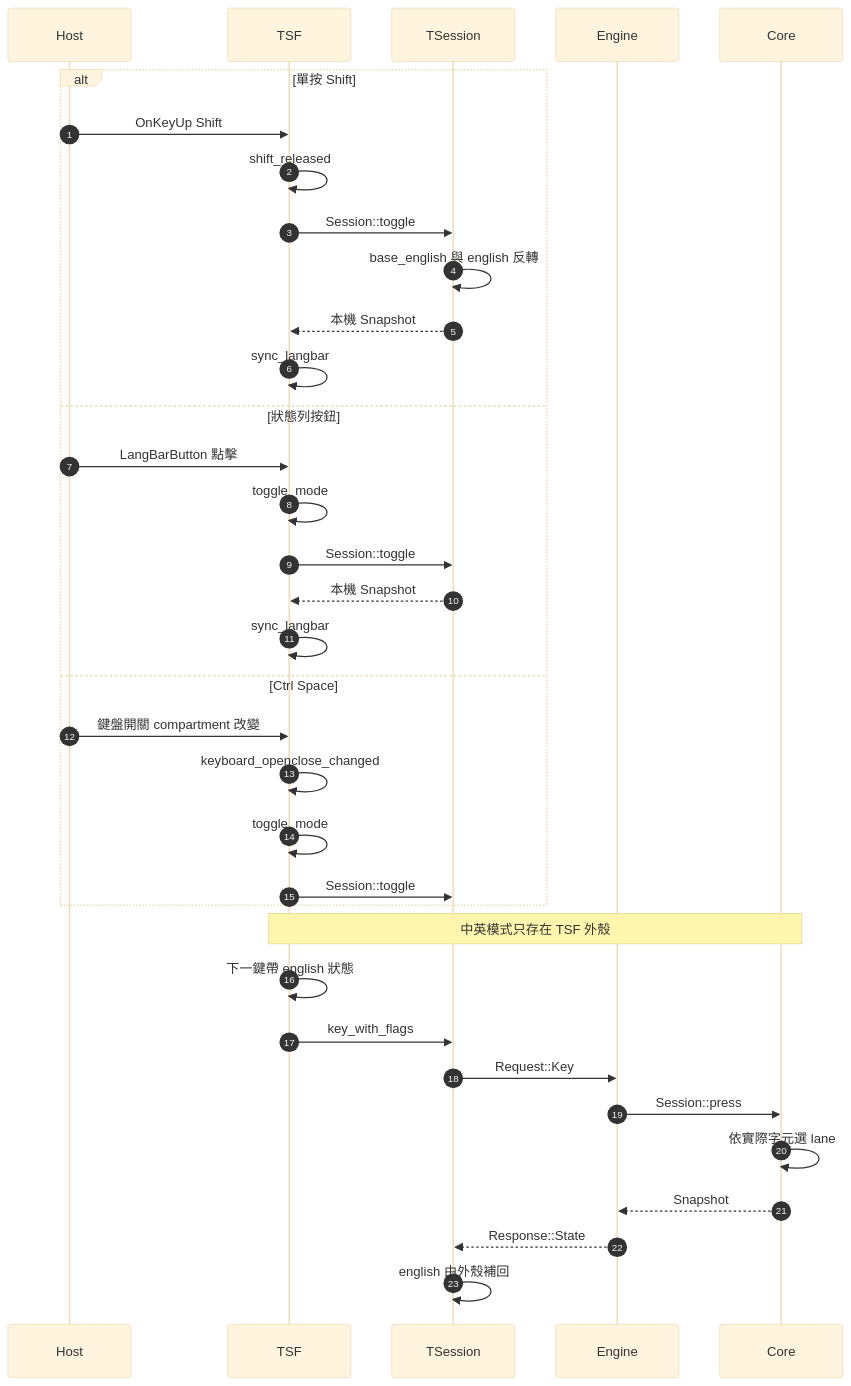
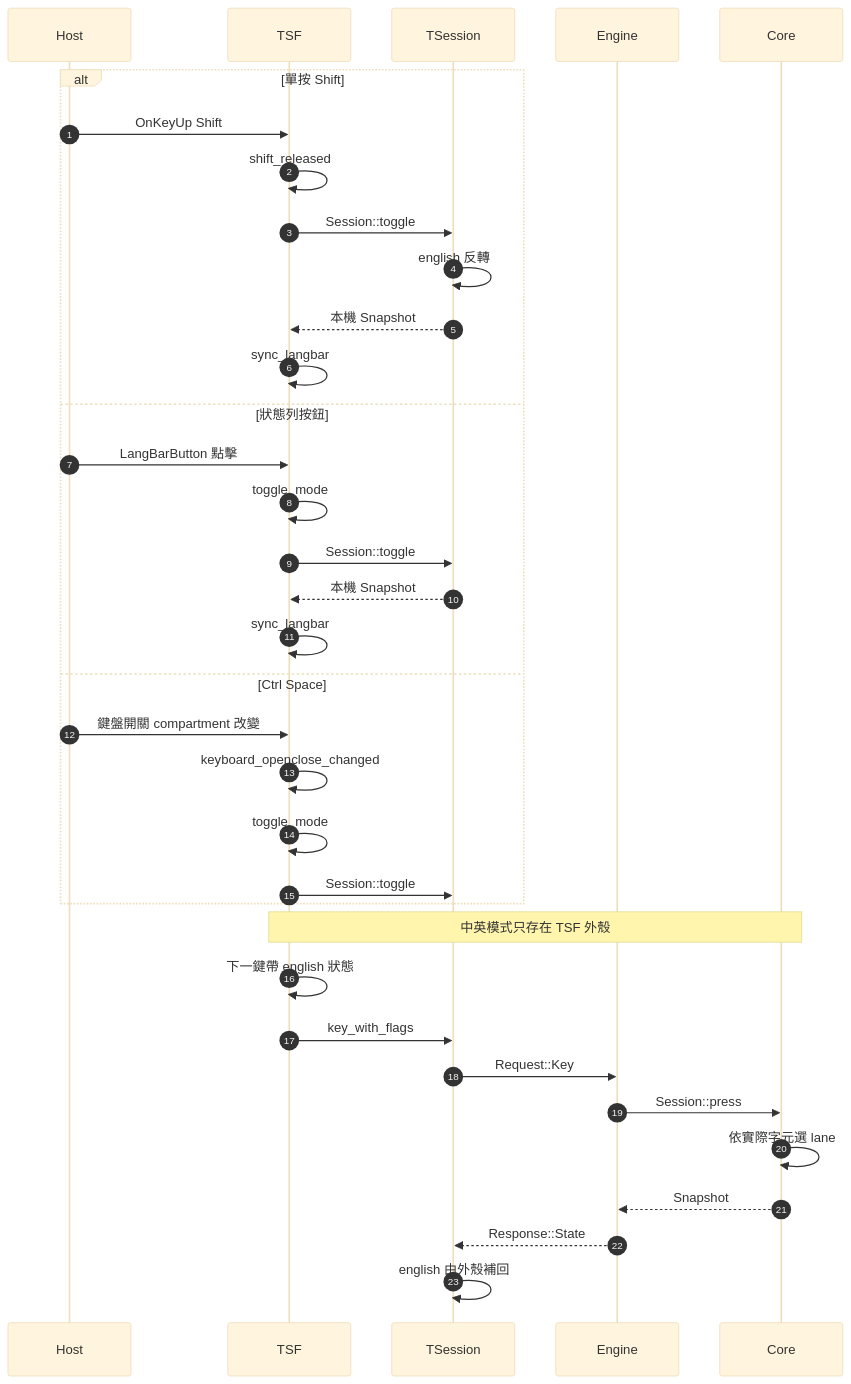
Before and after one commit to jeffpeng3/jc-ime: diagram 13 of 13 in docs/port/event-flows.md, drawn with Mermaid (base theme). The commit also changed other lines of this file and 14 other files, not shown here.

````diff
--- a/docs/port/event-flows.md
+++ b/docs/port/event-flows.md
@@ -688,39 +681,39 @@
 ```mermaid
 sequenceDiagram
     autonumber
     participant Host
     participant TSF
     participant TSession
     participant Engine
     participant Core
 
     alt 單按 Shift
         Host->>TSF: OnKeyUp Shift
         TSF->>TSF: shift_released
         TSF->>TSession: Session::toggle
-        TSession->>TSession: base_english 與 english 反轉
+        TSession->>TSession: english 反轉
         TSession-->>TSF: 本機 Snapshot
         TSF->>TSF: sync_langbar
     else 狀態列按鈕
         Host->>TSF: LangBarButton 點擊
         TSF->>TSF: toggle_mode
         TSF->>TSession: Session::toggle
         TSession-->>TSF: 本機 Snapshot
         TSF->>TSF: sync_langbar
     else Ctrl Space
         Host->>TSF: 鍵盤開關 compartment 改變
         TSF->>TSF: keyboard_openclose_changed
         TSF->>TSF: toggle_mode
         TSF->>TSession: Session::toggle
     end
 
     Note over TSF,Core: 中英模式只存在 TSF 外殼
     TSF->>TSF: 下一鍵帶 english 狀態
     TSF->>TSession: key_with_flags
     TSession->>Engine: Request::Key
     Engine->>Core: Session::press
     Core->>Core: 依實際字元選 lane
     Core-->>Engine: Snapshot
     Engine-->>TSession: Response::State
     TSession->>TSession: english 由外殼補回
 ```
````
